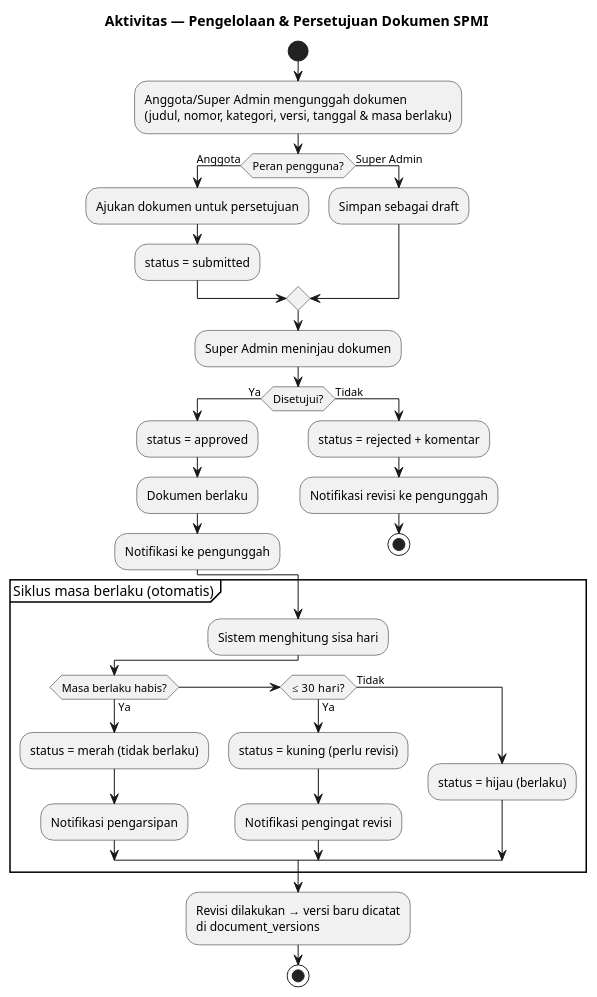
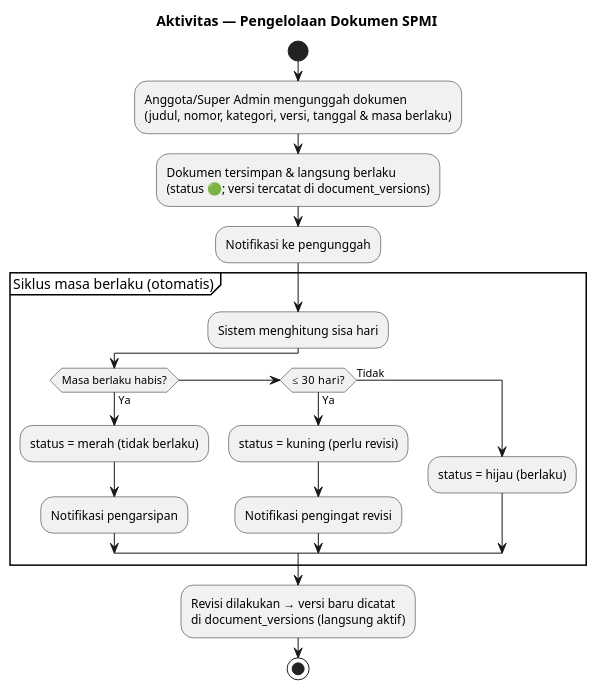
One commit to Gias-Wijaya/spmi-siklus-ppepp changed the first of 4 diagrams in sistem/desain/05-activity-diagram.md. Above: the diagram before and after it, drawn with PlantUML. The commit also changed other lines of this file and 52 other files, not shown here.

First line of the commit message:
feat: revisi review LPM 15 butir — M1 tanpa alur persetujuan, uji 458/458

````diff
--- a/sistem/desain/05-activity-diagram.md
+++ b/sistem/desain/05-activity-diagram.md
@@ -9,43 +9,28 @@
 ```plantuml
 @startuml
-title Aktivitas — Pengelolaan & Persetujuan Dokumen SPMI
+title Aktivitas — Pengelolaan Dokumen SPMI
 start
 :Anggota/Super Admin mengunggah dokumen
 (judul, nomor, kategori, versi, tanggal & masa berlaku);
-
-if (Peran pengguna?) then (Anggota)
-  :Ajukan dokumen untuk persetujuan;
-  :status = submitted;
-else (Super Admin)
-  :Simpan sebagai draft;
-endif
-
-:Super Admin meninjau dokumen;
-if (Disetujui?) then (Ya)
-  :status = approved;
-  :Dokumen berlaku;
-  :Notifikasi ke pengunggah;
-else (Tidak)
-  :status = rejected + komentar;
-  :Notifikasi revisi ke pengunggah;
-  stop
-endif
+:Dokumen tersimpan & langsung berlaku
+(status 🟢; versi tercatat di document_versions);
+:Notifikasi ke pengunggah;
 
 partition "Siklus masa berlaku (otomatis)" {
   :Sistem menghitung sisa hari;
   if (Masa berlaku habis?) then (Ya)
     :status = merah (tidak berlaku);
     :Notifikasi pengarsipan;
   elseif (≤ 30 hari?) then (Ya)
     :status = kuning (perlu revisi);
     :Notifikasi pengingat revisi;
   else (Tidak)
     :status = hijau (berlaku);
   endif
 }
 
 :Revisi dilakukan → versi baru dicatat
-di document_versions;
+di document_versions (langsung aktif);
 stop
 @enduml
 ```
````
